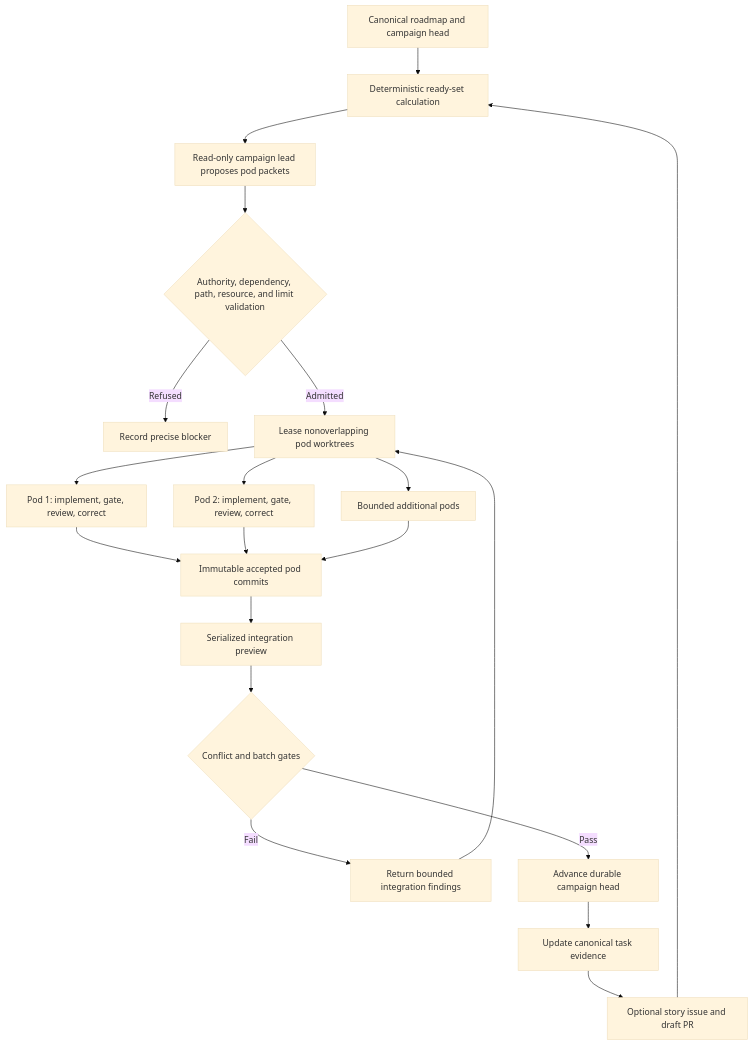
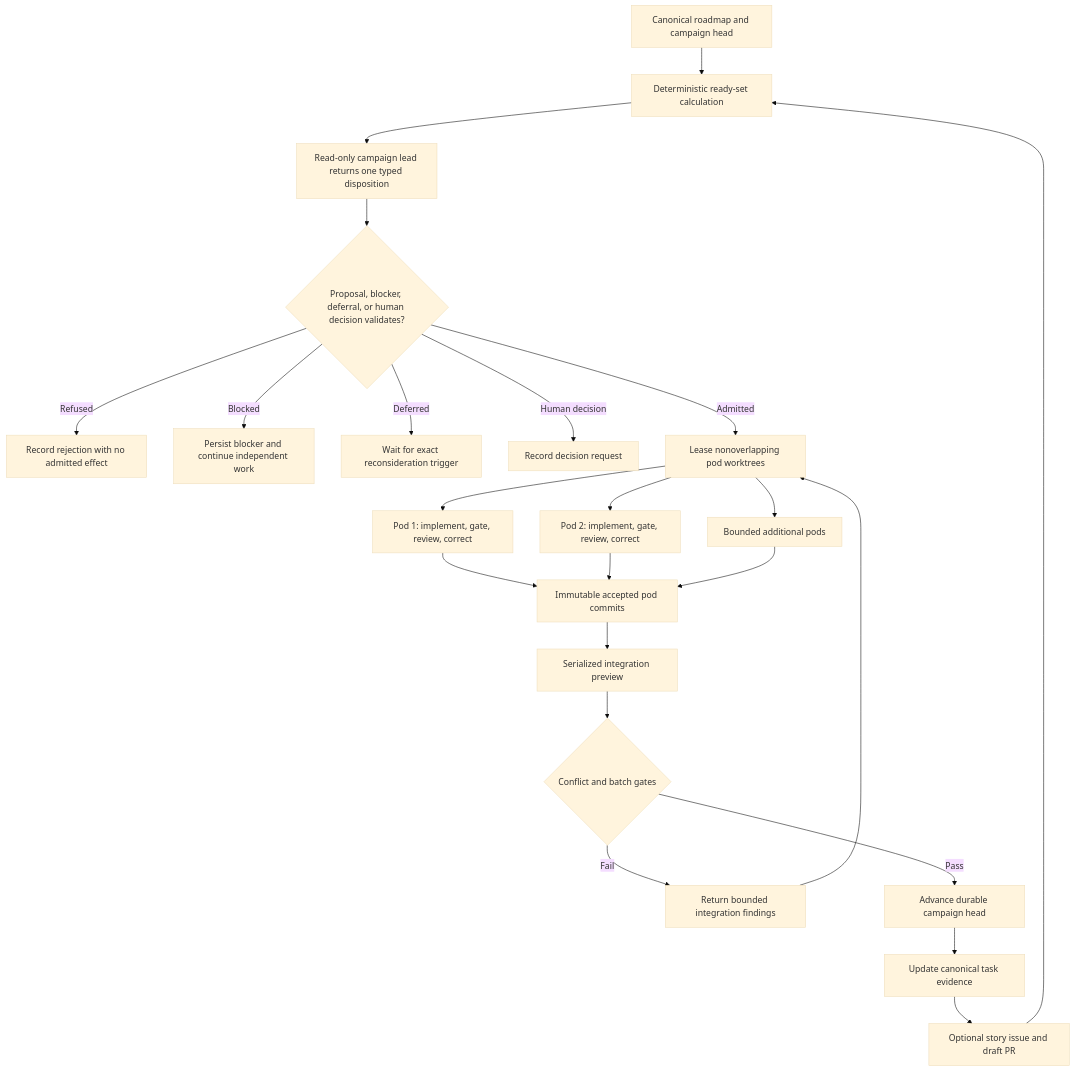
Before and after one commit to AaronNHorvitz/CodingMage: the diagram in docs/architecture/hierarchical-campaigns.md, drawn with Mermaid (base theme). The commit also changed other lines of this file and 15 other files, not shown here.

Commit message:
docs: define unattended safeguards and release roadmap

````diff
--- a/docs/architecture/hierarchical-campaigns.md
+++ b/docs/architecture/hierarchical-campaigns.md
@@ -24,24 +24,27 @@
 ```mermaid
 flowchart TD
     A[Canonical roadmap and campaign head] --> B[Deterministic ready-set calculation]
-    B --> C[Read-only campaign lead proposes pod packets]
-    C --> D{Authority, dependency, path, resource, and limit validation}
-    D -- Refused --> E[Record precise blocker]
+    B --> C[Read-only campaign lead returns one typed disposition]
+    C --> D{Proposal, blocker, deferral, or human decision validates?}
+    D -- Refused --> E[Record rejection with no admitted effect]
+    D -- Blocked --> Q[Persist blocker and continue independent work]
+    D -- Deferred --> R[Wait for exact reconsideration trigger]
+    D -- Human decision --> S[Record decision request]
     D -- Admitted --> F[Lease nonoverlapping pod worktrees]
 
     F --> P1[Pod 1: implement, gate, review, correct]
     F --> P2[Pod 2: implement, gate, review, correct]
     F --> PN[Bounded additional pods]
 
     P1 --> G[Immutable accepted pod commits]
     P2 --> G
     PN --> G
     G --> H[Serialized integration preview]
     H --> I{Conflict and batch gates}
     I -- Fail --> J[Return bounded integration findings]
     J --> F
     I -- Pass --> K[Advance durable campaign head]
     K --> L[Update canonical task evidence]
     L --> M[Optional story issue and draft PR]
     M --> B
 ```
````
